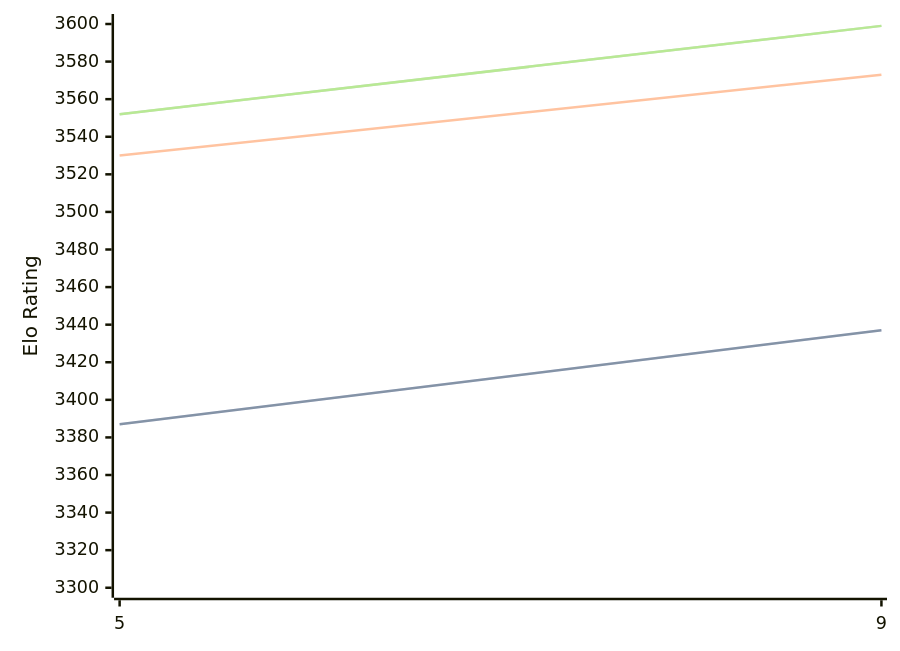
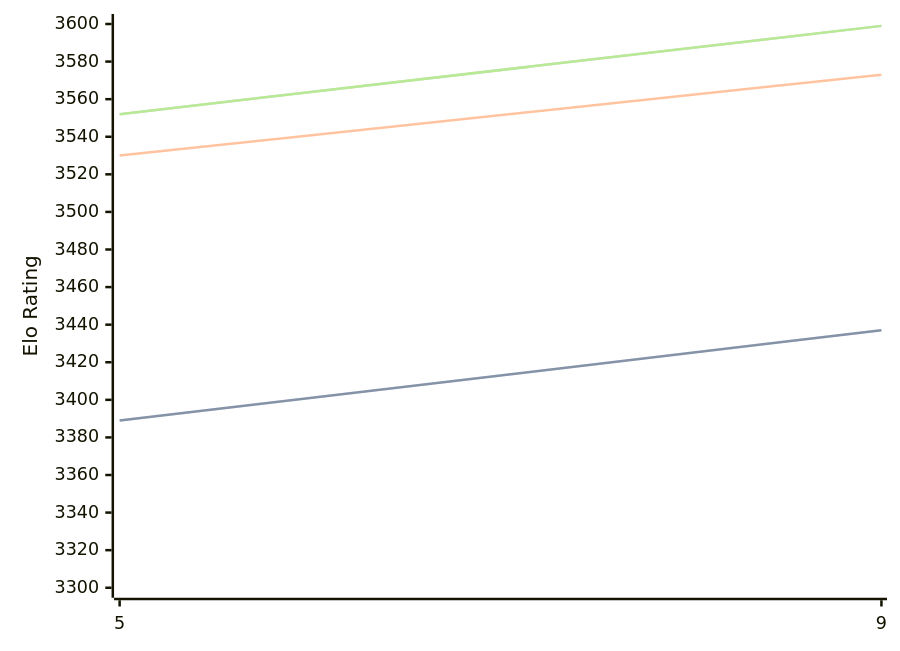
One commit to computer-chess-index/cci changed the diagram in engines/Crystal.md. Above: the diagram before and after it, drawn with Mermaid. The commit also changed other lines of this file, not shown here.

````diff
--- a/engines/Crystal.md
+++ b/engines/Crystal.md
@@ -32,11 +32,11 @@
 ```mermaid
 %%{init: {"theme":"base","themeVariables":{"seriesColors:['#a3a3a3','#222221','#faa371']}}}%%
 xychart-beta
   x-axis ["5", "9"]
   y-axis "Elo Rating" 3300 --> 3600
-  line "" [3387, 3437]
-  line "STC (8.0+0.08s)" [3387, 3437]
+  line "" [3389, 3437]
+  line "STC (8.0+0.08s)" [3389, 3437]
   line "LTC (60.0+0.60s)" [3530, 3573]
   line "" [3552, 3599]
   line "VLTC (2m24s+1.12s)" [3552, 3599]
 ```
````
